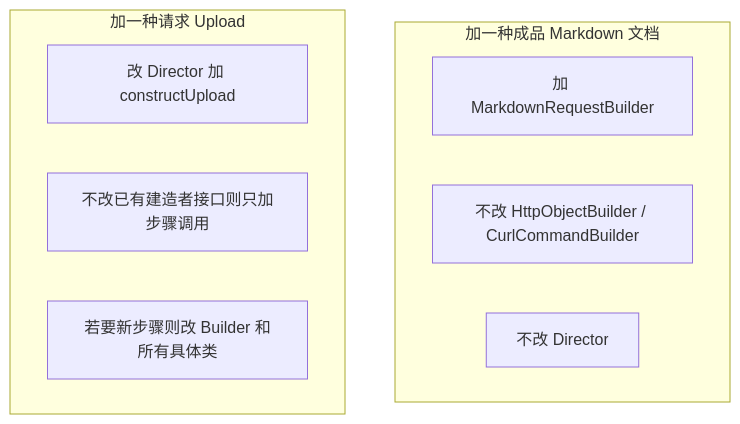
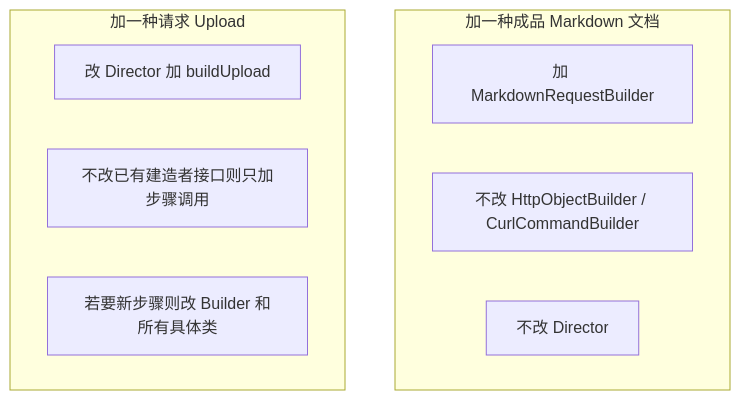
The fifth of 8 diagrams in docs/creational/builder.md (zackdlut/design_pattern), drawn with Mermaid before and after one commit. The commit also changed other lines of this file and 4 other files, not shown here.

````diff
--- a/docs/creational/builder.md
+++ b/docs/creational/builder.md
@@ -162,13 +162,13 @@
 ```mermaid
 flowchart TD
   subgraph 加一种表示["加一种成品 Markdown 文档"]
     A1[加 MarkdownRequestBuilder]
     A2[不改 HttpObjectBuilder / CurlCommandBuilder]
     A3[不改 Director]
   end
   subgraph 加一种配方["加一种请求 Upload"]
-    B1[改 Director 加 constructUpload]
+    B1[改 Director 加 buildUpload]
     B2[不改已有建造者接口则只加步骤调用]
     B3[若要新步骤则改 Builder 和所有具体类]
   end
 ```
````
